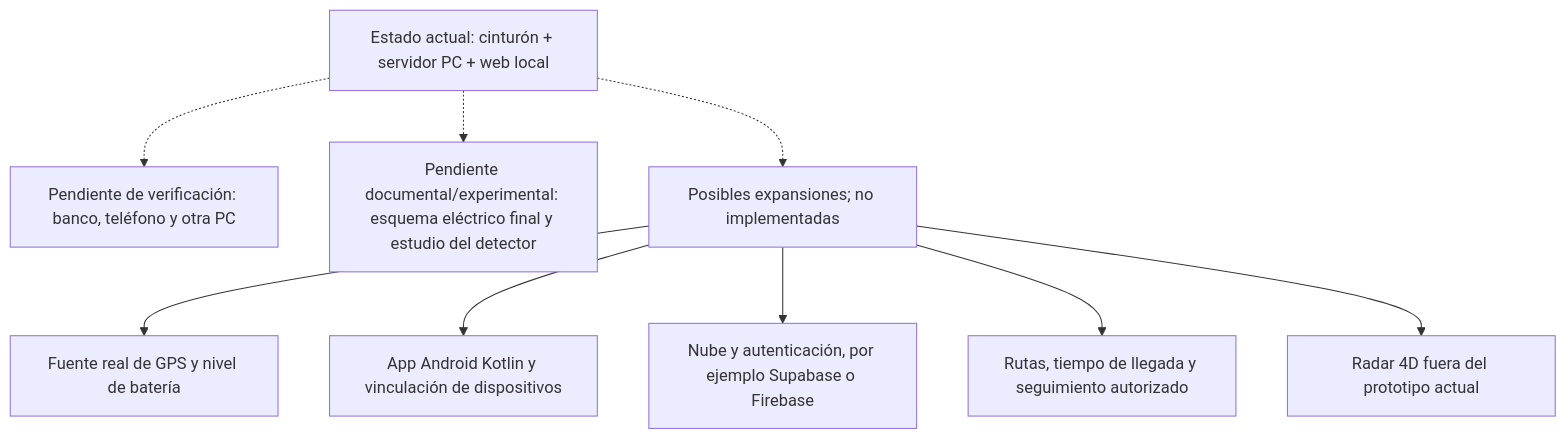
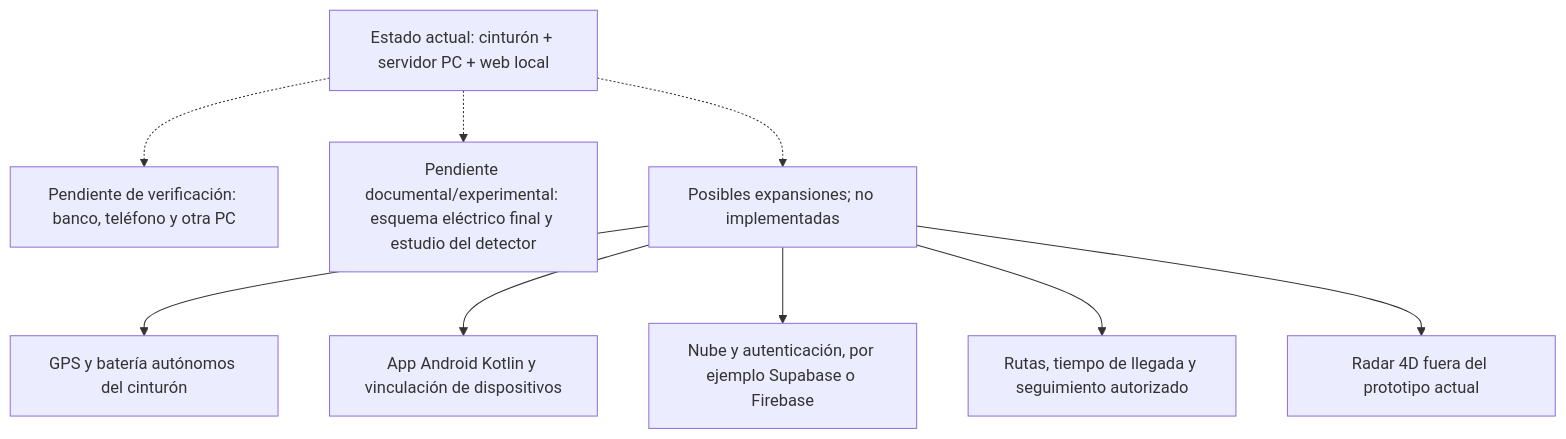
One commit to hfreedo/SFA-Asistencia-Anticaidas changed the third of 3 diagrams in docs/MAPA_MAESTRO.md. Above: the diagram before and after it, drawn with Mermaid. The commit also changed other lines of this file and 25 other files, not shown here.

````diff
--- a/docs/MAPA_MAESTRO.md
+++ b/docs/MAPA_MAESTRO.md
@@ -178,12 +187,12 @@
 ```mermaid
 flowchart TD
     Actual["Estado actual: cinturón + servidor PC + web local"]
     Actual -.-> Validar["Pendiente de verificación: banco, teléfono y otra PC"]
     Actual -.-> Tesis["Pendiente documental/experimental: esquema eléctrico final y estudio del detector"]
     Actual -.-> Futuro["Posibles expansiones; no implementadas"]
-    Futuro --> GPS["Fuente real de GPS y nivel de batería"]
+    Futuro --> GPS["GPS y batería autónomos del cinturón"]
     Futuro --> App["App Android Kotlin y vinculación de dispositivos"]
     Futuro --> Nube["Nube y autenticación, por ejemplo Supabase o Firebase"]
     Futuro --> Rutas["Rutas, tiempo de llegada y seguimiento autorizado"]
     Futuro --> Radar["Radar 4D fuera del prototipo actual"]
 ```
````
